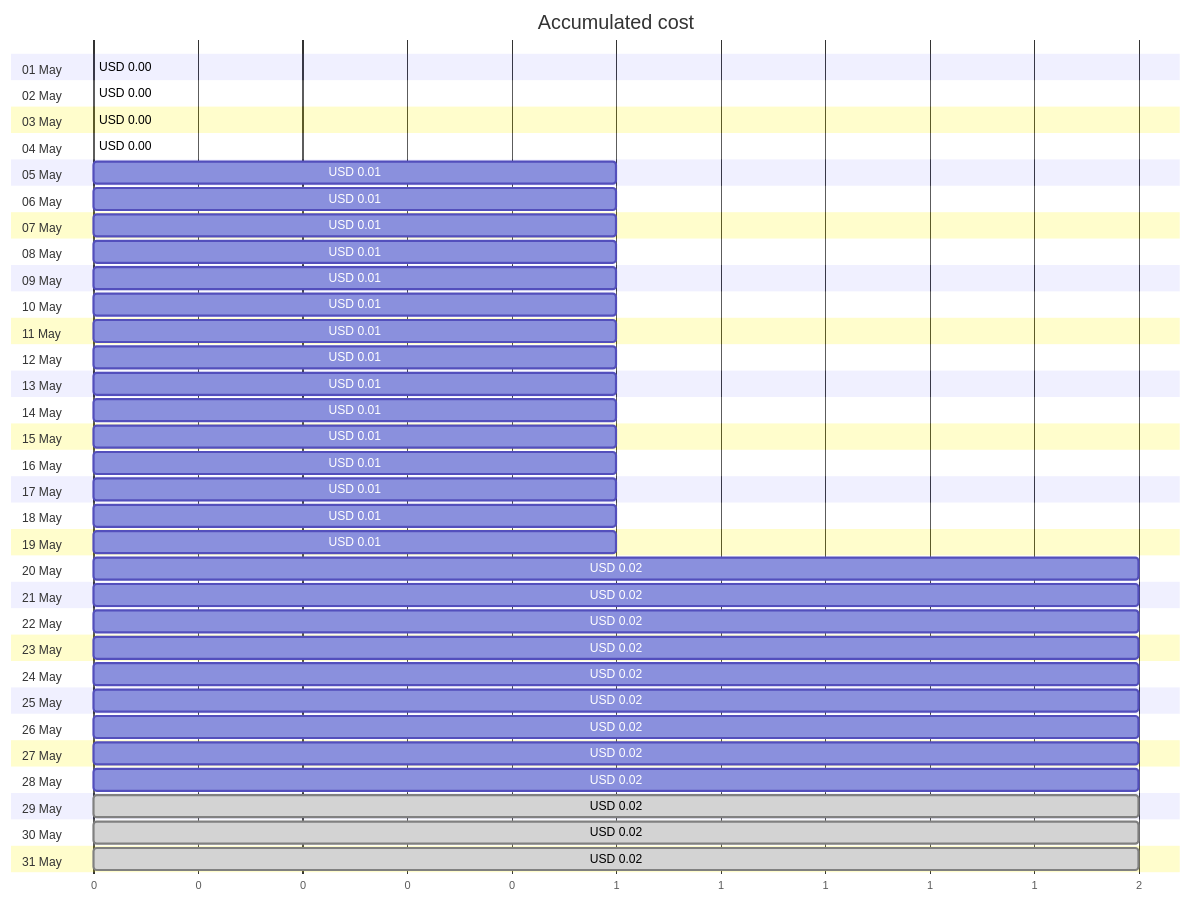
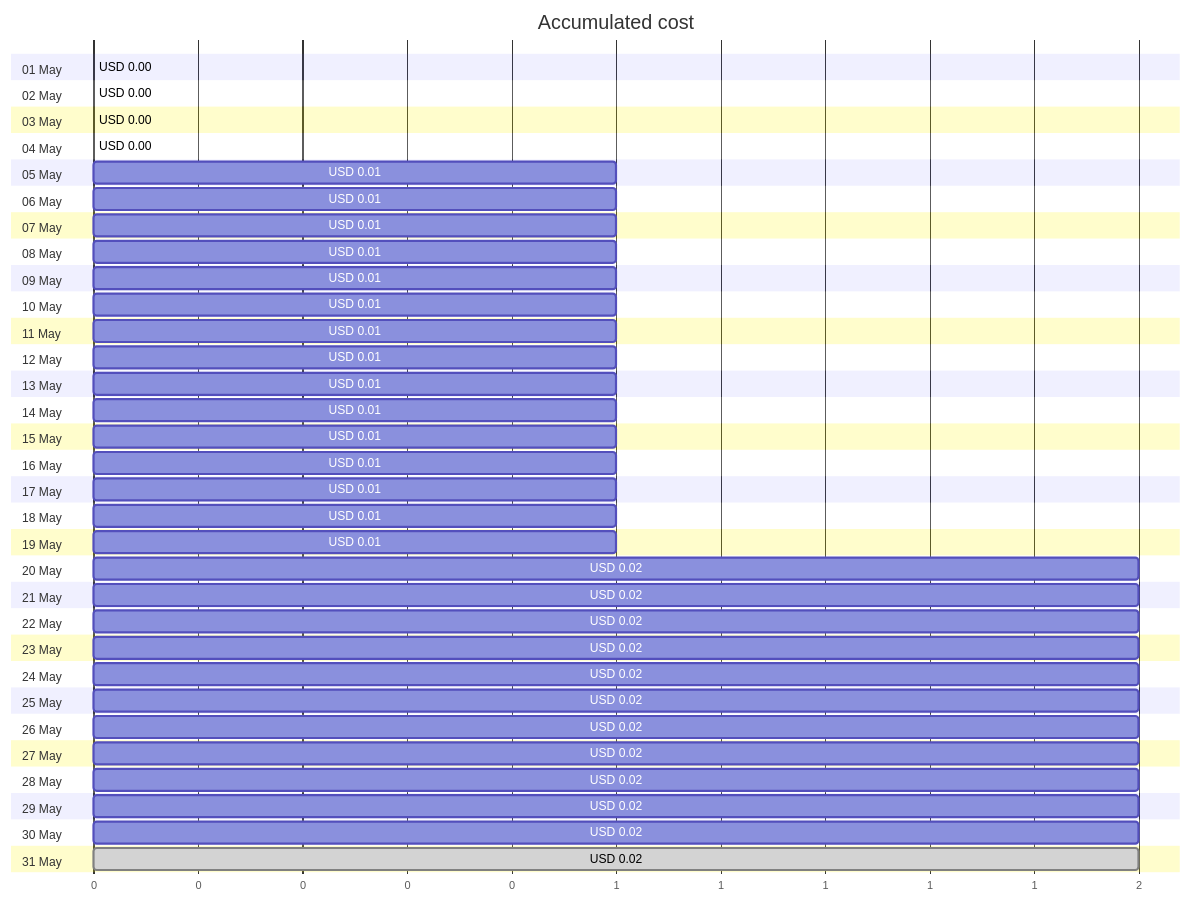
Before and after one commit to jpfulton/azure-personal-reports: the first of 4 diagrams in cost-reports/personal-site/personalsiteapipreview.md, drawn with Mermaid. The commit also changed other lines of this file and 6 other files, not shown here.

````diff
--- a/cost-reports/personal-site/personalsiteapipreview.md
+++ b/cost-reports/personal-site/personalsiteapipreview.md
@@ -20,68 +20,68 @@
 ```mermaid
 gantt
    title Accumulated cost
    dateFormat  X
    axisFormat %s
    section 01 May
    USD 0.00 :0, 0
    section 02 May
    USD 0.00 :0, 0
    section 03 May
    USD 0.00 :0, 0
    section 04 May
    USD 0.00 :0, 0
    section 05 May
    USD 0.01 :0, 1
    section 06 May
    USD 0.01 :0, 1
    section 07 May
    USD 0.01 :0, 1
    section 08 May
    USD 0.01 :0, 1
    section 09 May
    USD 0.01 :0, 1
    section 10 May
    USD 0.01 :0, 1
    section 11 May
    USD 0.01 :0, 1
    section 12 May
    USD 0.01 :0, 1
    section 13 May
    USD 0.01 :0, 1
    section 14 May
    USD 0.01 :0, 1
    section 15 May
    USD 0.01 :0, 1
    section 16 May
    USD 0.01 :0, 1
    section 17 May
    USD 0.01 :0, 1
    section 18 May
    USD 0.01 :0, 1
    section 19 May
    USD 0.01 :0, 1
    section 20 May
    USD 0.02 :0, 2
    section 21 May
    USD 0.02 :0, 2
    section 22 May
    USD 0.02 :0, 2
    section 23 May
    USD 0.02 :0, 2
    section 24 May
    USD 0.02 :0, 2
    section 25 May
    USD 0.02 :0, 2
    section 26 May
    USD 0.02 :0, 2
    section 27 May
    USD 0.02 :0, 2
    section 28 May
    USD 0.02 :0, 2
    section 29 May
-   USD 0.02 : done, 0, 2
+   USD 0.02 :0, 2
    section 30 May
-   USD 0.02 : done, 0, 2
+   USD 0.02 :0, 2
    section 31 May
    USD 0.02 : done, 0, 2
 ```
````
